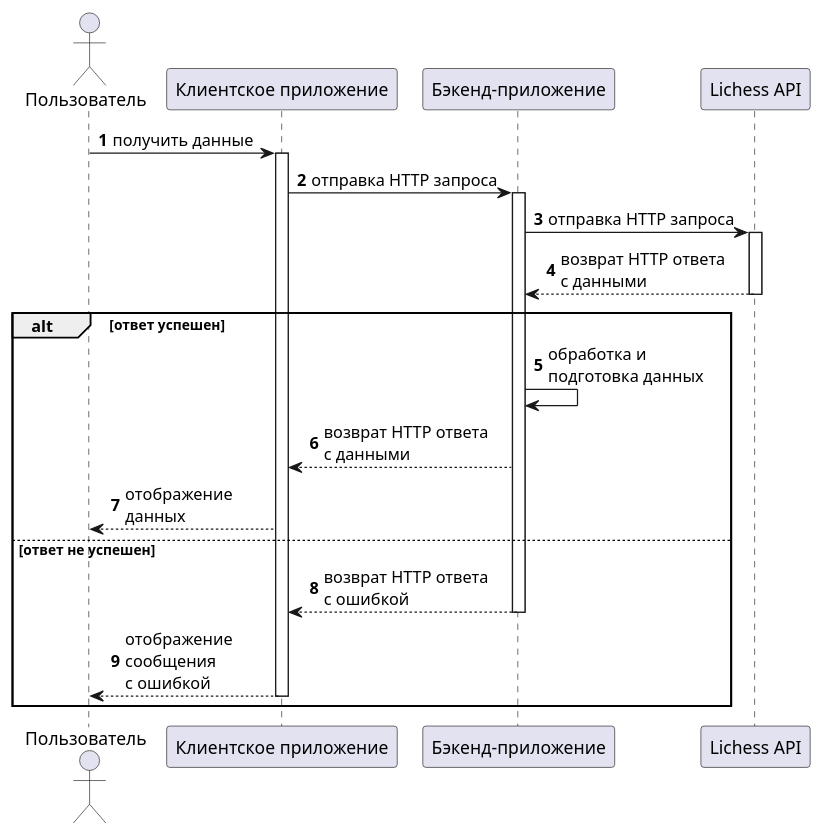
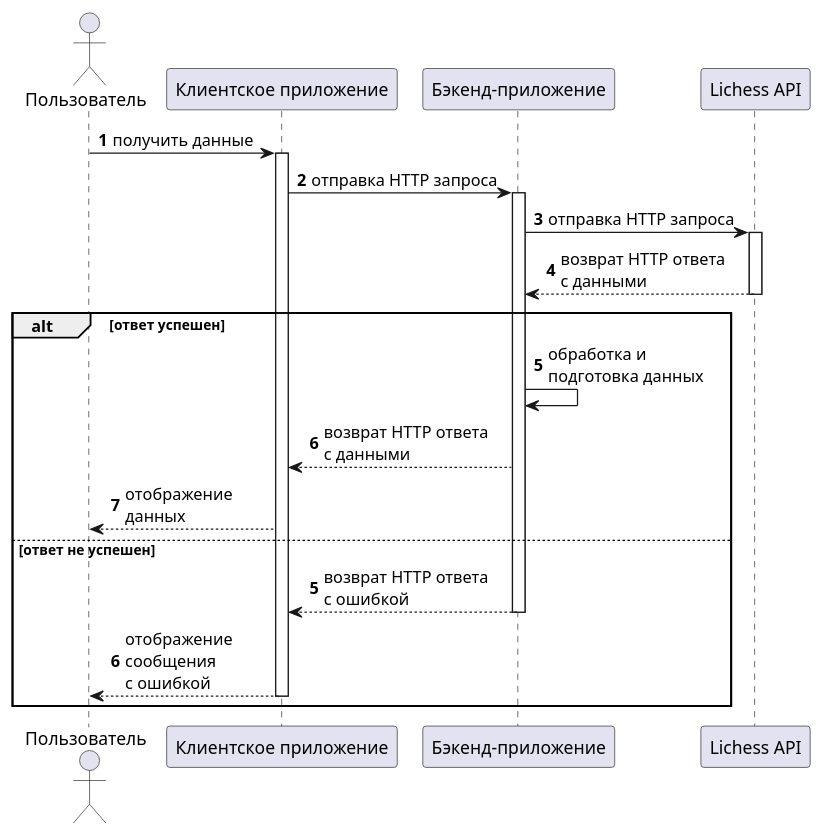
One commit to AleksanderNekr/LichessAnalyzer changed the first of 2 diagrams in docs/lichess_request_response.puml. Above: the diagram before and after it, drawn with PlantUML.

Commit message:
[Docs] Add autonumber in alt else block.

```diff
--- a/docs/lichess_request_response.puml
+++ b/docs/lichess_request_response.puml
@@ -1,39 +1,40 @@
 @startuml Basic Request-Response Sequence
 'https://plantuml.com/sequence-diagram
 
 autonumber
 
 ' actors: Пользователь, Клиентское приложение, Бэкенд-приложение, Lichess API
 ' сценарий: пользователь желает отобразить список шахматистов, клиентское приложение запрашивает список у бэкенда, бэкенд запрашивает список у Lichess API, Lichess API возвращает список, бэкенд обрабатывает данные и возвращает список клиентскому приложению, клиентское приложение отображает список пользователю
 
 actor Пользователь as user
 participant "Клиентское приложение" as client
 participant "Бэкенд-приложение" as backend
 participant "Lichess API" as lichess
 
 user -> client: получить данные
 activate client
 
 client -> backend: отправка HTTP запроса
 activate backend
 
 backend -> lichess: отправка HTTP запроса
 activate lichess
 lichess --> backend: возврат HTTP ответа\nс данными
 deactivate lichess
 
 alt ответ успешен
     backend -> backend: обработка и\nподготовка данных
     backend --> client: возврат HTTP ответа\nс данными
     
     client --> user: отображение\nданных
 else ответ не успешен
+    autonumber 5
     backend --> client: возврат HTTP ответа\nс ошибкой
     deactivate backend
     
     client --> user: отображение\nсообщения\nс ошибкой
     deactivate client
 end
 
 
 @enduml
```
